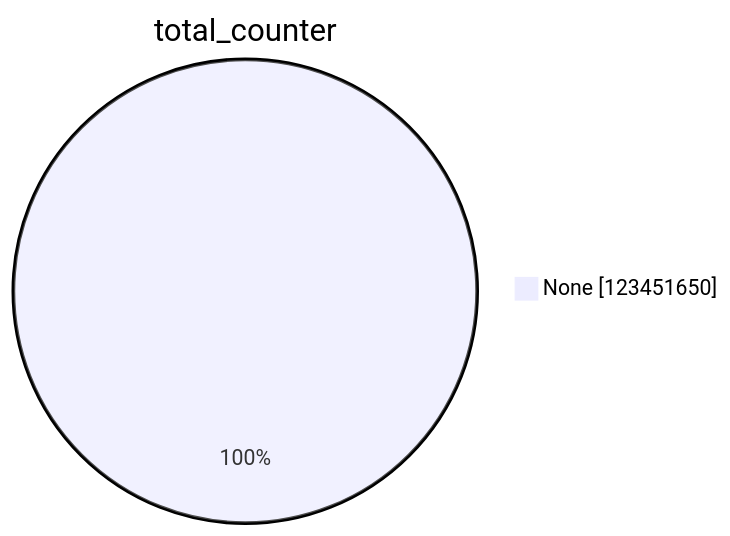
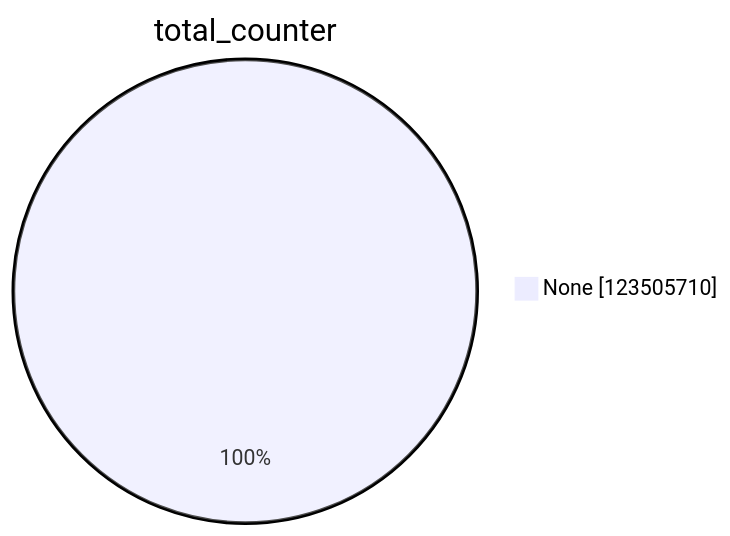
Before and after one commit to christiankrug/ctmonitor_visualization: the first of 15 diagrams in xenon2023/README.md, drawn with Mermaid. The commit also changed other lines of this file, not shown here.

````diff
--- a/xenon2023/README.md
+++ b/xenon2023/README.md
@@ -1,5 +1,5 @@
 ```mermaid
 pie showData
 title total_counter
-"None" :123451650
+"None" :123505710
 ```
````
